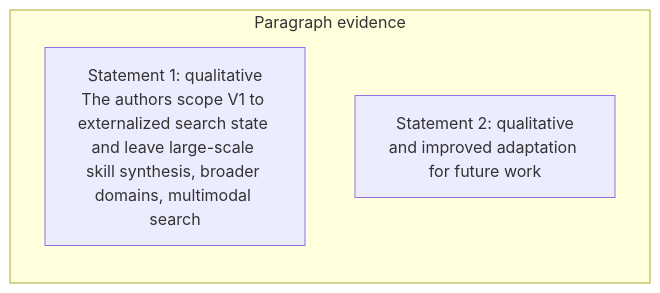
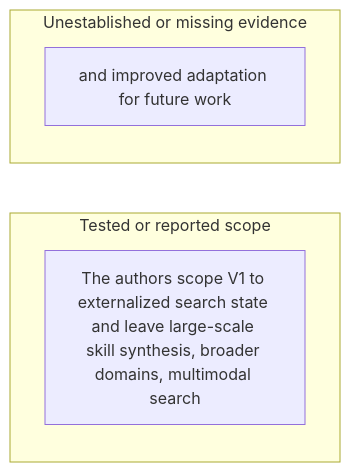
One commit to Betancourt1/paper_atlas changed diagram 43 of 51 in docs/visual-manifests/VISUAL_MANIFEST_SEARCHOS_V1.md. Above: the diagram before and after it, drawn with Mermaid. The commit also changed other lines of this file and 7 other files, not shown here.

````diff
--- a/docs/visual-manifests/VISUAL_MANIFEST_SEARCHOS_V1.md
+++ b/docs/visual-manifests/VISUAL_MANIFEST_SEARCHOS_V1.md
@@ -3632,7 +3651,9 @@
 ```mermaid
 flowchart LR
-  subgraph p1["Paragraph evidence"]
-    p1r1["Statement 1: qualitative<br/>The authors scope V1 to externalized search state and leave large-scale skill synthesis, broader domains, multimodal search"]
-    p1r2["Statement 2: qualitative<br/>and improved adaptation for future work"]
+  subgraph g1["Tested or reported scope"]
+    g1i1["The authors scope V1 to externalized search state and leave large-scale skill synthesis, broader domains, multimodal search"]
+  end
+  subgraph g2["Unestablished or missing evidence"]
+    g2i1["and improved adaptation for future work"]
   end
 ```
````
